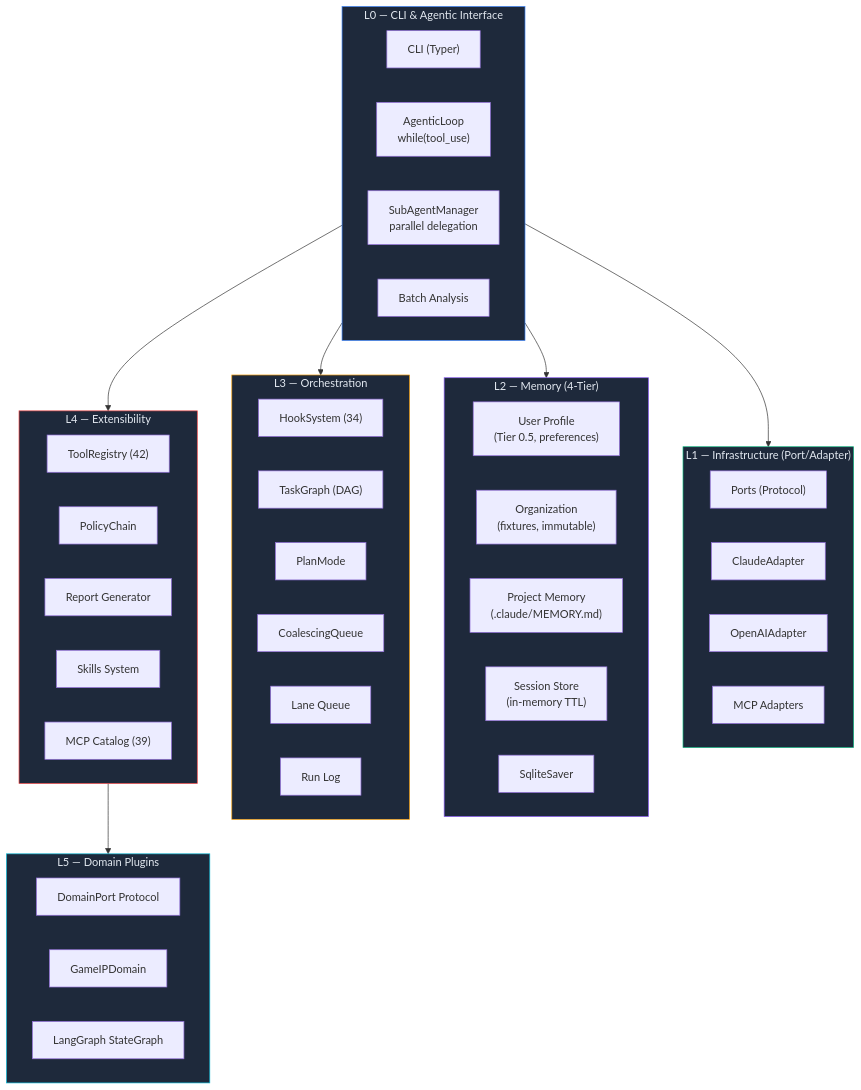
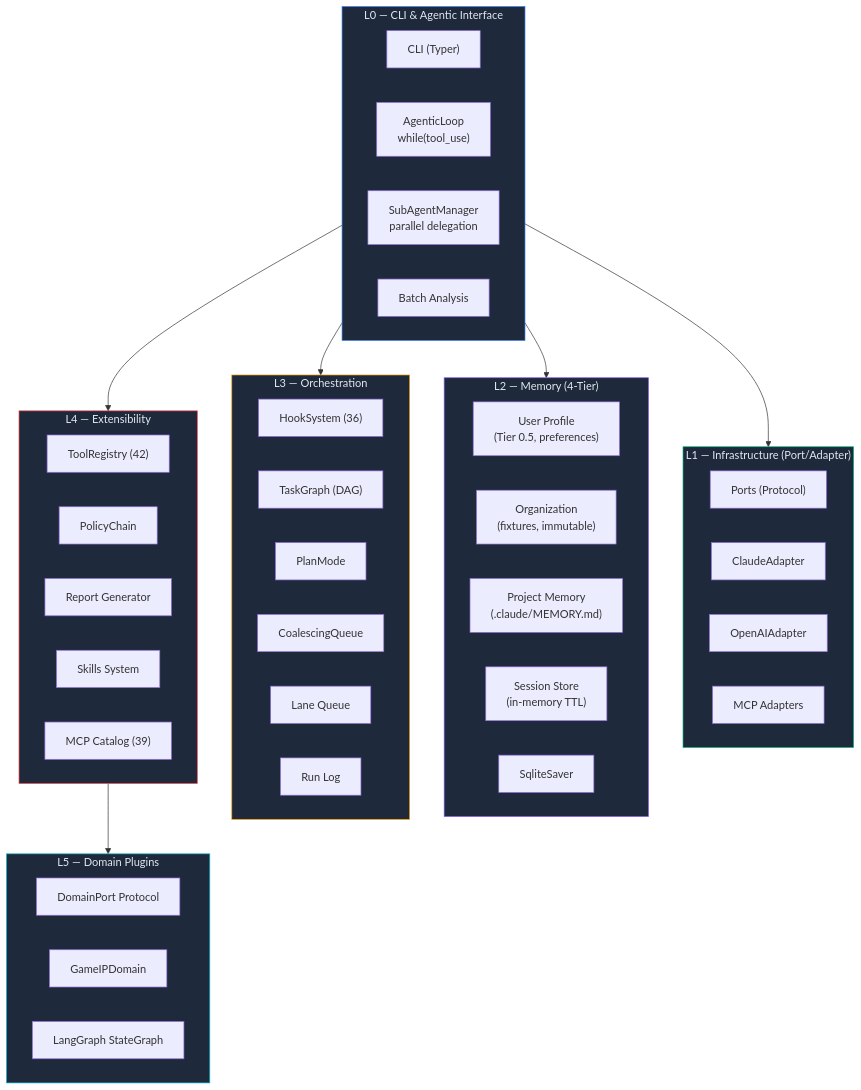
Before and after one commit to mangowhoiscloud/geode: the second of 15 diagrams in README.md, drawn with Mermaid. The commit also changed other lines of this file and 19 other files, not shown here.

````diff
--- a/README.md
+++ b/README.md
@@ -122,60 +122,60 @@
 ```mermaid
 graph TB
     subgraph L0["L0 — CLI & Agentic Interface"]
         CLI["CLI (Typer)"]
         AL["AgenticLoop<br/>while(tool_use)"]
         SubA["SubAgentManager<br/>parallel delegation"]
         Batch["Batch Analysis"]
     end
 
     subgraph L1["L1 — Infrastructure (Port/Adapter)"]
         direction LR
         Ports["Ports (Protocol)"]
         Claude["ClaudeAdapter"]
         OpenAI["OpenAIAdapter"]
         MCP["MCP Adapters"]
     end
 
     subgraph L2["L2 — Memory (4-Tier)"]
         UserProf["User Profile<br/>(Tier 0.5, preferences)"]
         Org["Organization<br/>(fixtures, immutable)"]
         Project["Project Memory<br/>(.claude/MEMORY.md)"]
         Session["Session Store<br/>(in-memory TTL)"]
         Checkpoint["SqliteSaver"]
     end
 
     subgraph L3["L3 — Orchestration"]
-        Hooks["HookSystem (34)"]
+        Hooks["HookSystem (36)"]
         Tasks["TaskGraph (DAG)"]
         Plan["PlanMode"]
         Coal["CoalescingQueue"]
         Lanes["Lane Queue"]
         RunLog["Run Log"]
     end
 
     subgraph L4["L4 — Extensibility"]
         Tools["ToolRegistry (42)"]
         Policy["PolicyChain"]
         Reports["Report Generator"]
         Skills["Skills System"]
         MCPCat["MCP Catalog (39)"]
     end
 
     subgraph L5["L5 — Domain Plugins"]
         Domain["DomainPort Protocol"]
         GameIP["GameIPDomain"]
         Pipeline["LangGraph StateGraph"]
     end
 
     L0 --> L1
     L0 --> L2
     L0 --> L3
     L0 --> L4
     L4 --> L5
     style L0 fill:#1e293b,stroke:#3b82f6,color:#e2e8f0
     style L1 fill:#1e293b,stroke:#10b981,color:#e2e8f0
     style L2 fill:#1e293b,stroke:#8b5cf6,color:#e2e8f0
     style L3 fill:#1e293b,stroke:#f59e0b,color:#e2e8f0
     style L4 fill:#1e293b,stroke:#ef4444,color:#e2e8f0
     style L5 fill:#1e293b,stroke:#06b6d4,color:#e2e8f0
 ```
````
